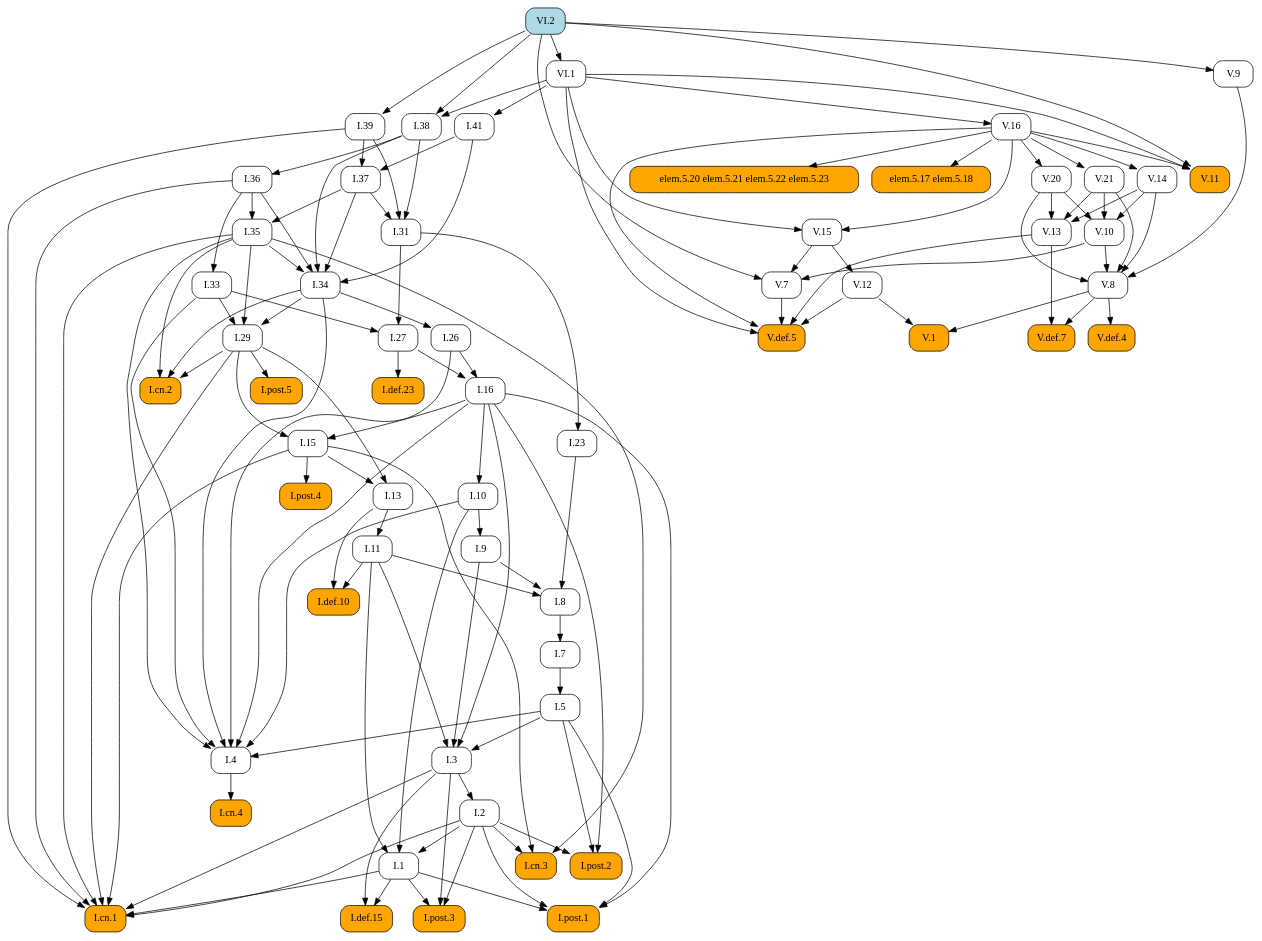
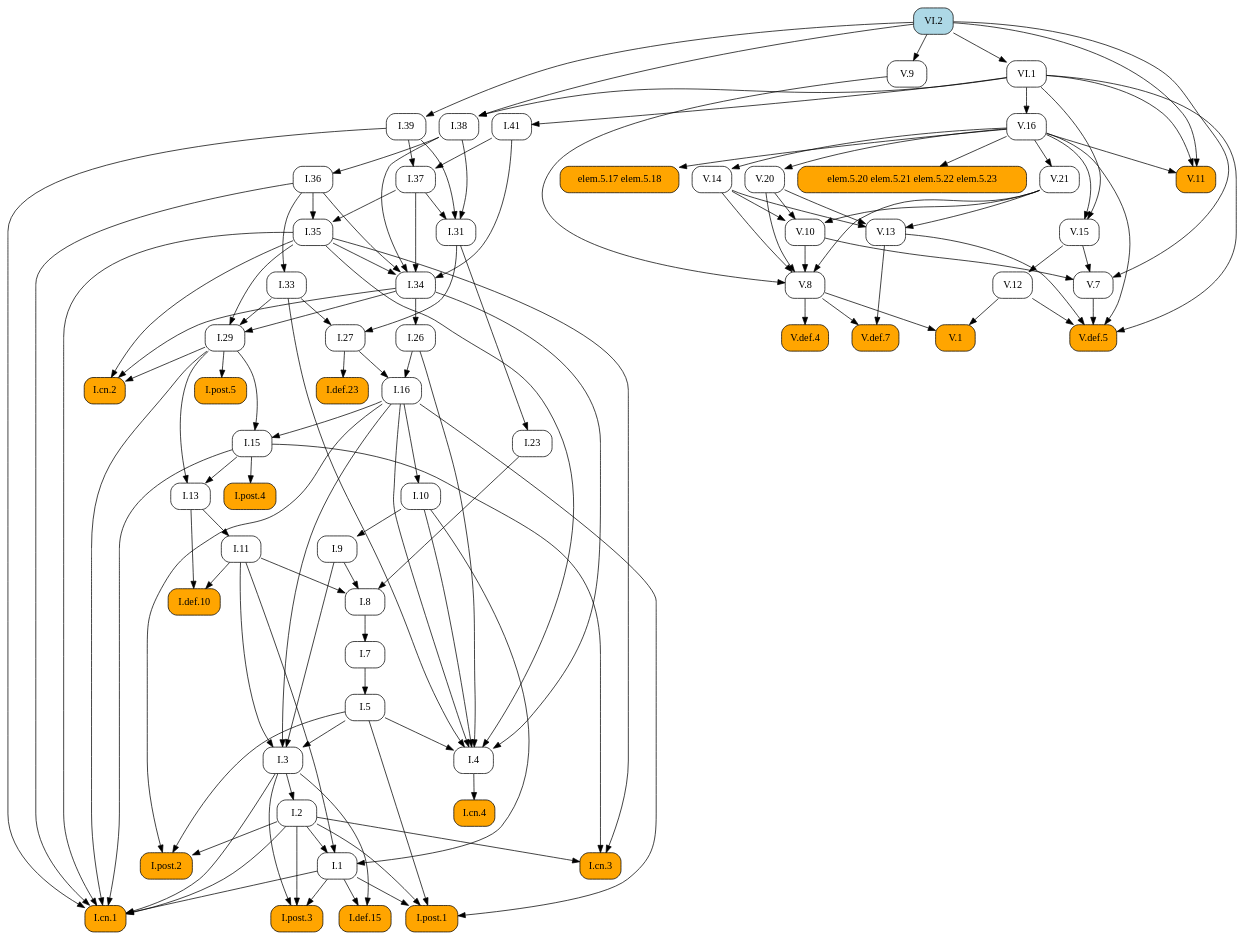
One commit to geometor/elements changed the diagram in docsrc/elements2/VI/2/index.rst. Above: the diagram before and after it, drawn with Graphviz. The commit also changed other lines of this file and 171 other files, not shown here.

```diff
--- a/docsrc/elements2/VI/2/index.rst
+++ b/docsrc/elements2/VI/2/index.rst
@@ -66,162 +66,134 @@
    digraph {
      rankdir="TB";
      node [shape=box, style=rounded];
+     "V.20" [URL="/elements2/V/20/", target="_top"];
+     "I.8" [URL="/elements2/I/8/", target="_top"];
+     "I.36" [URL="/elements2/I/36/", target="_top"];
+     "V.def.5" [style="rounded,filled", fillcolor=orange, URL="/elements2/V/def.5/", target="_top"];
+     "V.def.7" [style="rounded,filled", fillcolor=orange, URL="/elements2/V/def.7/", target="_top"];
+     "V.def.4" [style="rounded,filled", fillcolor=orange, URL="/elements2/V/def.4/", target="_top"];
+     "I.post.1" [style="rounded,filled", fillcolor=orange, URL="/elements2/I/post.1/", target="_top"];
+     "I.33" [URL="/elements2/I/33/", target="_top"];
+     "I.5" [URL="/elements2/I/5/", target="_top"];
+     "I.38" [URL="/elements2/I/38/", target="_top"];
+     "elem.5.17 elem.5.18" [style="rounded,filled", fillcolor=orange];
+     "VI.1" [URL="/elements2/VI/1/", target="_top"];
+     "V.11" [style="rounded,filled", fillcolor=orange, URL="/elements2/V/11/", target="_top"];
+     "I.post.5" [style="rounded,filled", fillcolor=orange, URL="/elements2/I/post.5/", target="_top"];
+     "V.13" [URL="/elements2/V/13/", target="_top"];
+     "I.def.10" [style="rounded,filled", fillcolor=orange, URL="/elements2/I/def.10/", target="_top"];
+     "I.cn.2" [style="rounded,filled", fillcolor=orange, URL="/elements2/I/cn.2/", target="_top"];
+     "V.9" [URL="/elements2/V/9/", target="_top"];
+     "V.16" [URL="/elements2/V/16/", target="_top"];
+     "I.def.15" [style="rounded,filled", fillcolor=orange, URL="/elements2/I/def.15/", target="_top"];
+     "I.31" [URL="/elements2/I/31/", target="_top"];
+     "V.15" [URL="/elements2/V/15/", target="_top"];
+     "I.11" [URL="/elements2/I/11/", target="_top"];
+     "I.3" [URL="/elements2/I/3/", target="_top"];
+     "I.def.23" [style="rounded,filled", fillcolor=orange, URL="/elements2/I/def.23/", target="_top"];
+     "I.post.2" [style="rounded,filled", fillcolor=orange, URL="/elements2/I/post.2/", target="_top"];
+     "I.26" [URL="/elements2/I/26/", target="_top"];
+     "V.14" [URL="/elements2/V/14/", target="_top"];
+     "V.10" [URL="/elements2/V/10/", target="_top"];
+     "I.cn.3" [style="rounded,filled", fillcolor=orange, URL="/elements2/I/cn.3/", target="_top"];
+     "I.cn.4" [style="rounded,filled", fillcolor=orange, URL="/elements2/I/cn.4/", target="_top"];
+     "I.1" [URL="/elements2/I/1/", target="_top"];
+     "I.7" [URL="/elements2/I/7/", target="_top"];
+     "I.9" [URL="/elements2/I/9/", target="_top"];
+     "V.7" [URL="/elements2/V/7/", target="_top"];
+     "I.cn.1" [style="rounded,filled", fillcolor=orange, URL="/elements2/I/cn.1/", target="_top"];
+     "I.29" [URL="/elements2/I/29/", target="_top"];
+     "V.1" [style="rounded,filled", fillcolor=orange, URL="/elements2/V/1/", target="_top"];
+     "V.12" [URL="/elements2/V/12/", target="_top"];
+     "V.21" [URL="/elements2/V/21/", target="_top"];
+     "elem.5.20 elem.5.21 elem.5.22 elem.5.23" [style="rounded,filled", fillcolor=orange];
+     "I.16" [URL="/elements2/I/16/", target="_top"];
+     "I.41" [URL="/elements2/I/41/", target="_top"];
+     "I.35" [URL="/elements2/I/35/", target="_top"];
+     "I.13" [URL="/elements2/I/13/", target="_top"];
+     "I.post.4" [style="rounded,filled", fillcolor=orange, URL="/elements2/I/post.4/", target="_top"];
      "I.37" [URL="/elements2/I/37/", target="_top"];
-     "elem.5.17 elem.5.18" [style="rounded,filled", fillcolor=orange];
-     "V.7" [URL="/elements2/V/7/", target="_top"];
-     "I.def.10" [style="rounded,filled", fillcolor=orange, URL="/elements2/I/def.10/", target="_top"];
+     "I.27" [URL="/elements2/I/27/", target="_top"];
+     "I.2" [URL="/elements2/I/2/", target="_top"];
+     "I.4" [URL="/elements2/I/4/", target="_top"];
+     "V.8" [URL="/elements2/V/8/", target="_top"];
+     "VI.2" [style="rounded,filled", fillcolor=lightblue, URL="/elements2/VI/2/", target="_top"];
+     "I.39" [URL="/elements2/I/39/", target="_top"];
+     "I.10" [URL="/elements2/I/10/", target="_top"];
+     "I.15" [URL="/elements2/I/15/", target="_top"];
      "I.34" [URL="/elements2/I/34/", target="_top"];
-     "V.def.5" [style="rounded,filled", fillcolor=orange, URL="/elements2/V/def.5/", target="_top"];
-     "I.cn.4" [style="rounded,filled", fillcolor=orange, URL="/elements2/I/cn.4/", target="_top"];
-     "I.def.15" [style="rounded,filled", fillcolor=orange, URL="/elements2/I/def.15/", target="_top"];
+     "I.23" [URL="/elements2/I/23/", target="_top"];
      "I.post.3" [style="rounded,filled", fillcolor=orange, URL="/elements2/I/post.3/", target="_top"];
-     "V.def.7" [style="rounded,filled", fillcolor=orange, URL="/elements2/V/def.7/", target="_top"];
-     "I.41" [URL="/elements2/I/41/", target="_top"];
-     "I.36" [URL="/elements2/I/36/", target="_top"];
-     "I.27" [URL="/elements2/I/27/", target="_top"];
-     "V.10" [URL="/elements2/V/10/", target="_top"];
-     "I.post.2" [style="rounded,filled", fillcolor=orange, URL="/elements2/I/post.2/", target="_top"];
-     "I.13" [URL="/elements2/I/13/", target="_top"];
-     "I.10" [URL="/elements2/I/10/", target="_top"];
-     "I.post.1" [style="rounded,filled", fillcolor=orange, URL="/elements2/I/post.1/", target="_top"];
-     "I.7" [URL="/elements2/I/7/", target="_top"];
-     "V.15" [URL="/elements2/V/15/", target="_top"];
-     "V.14" [URL="/elements2/V/14/", target="_top"];
-     "I.11" [URL="/elements2/I/11/", target="_top"];
-     "I.4" [URL="/elements2/I/4/", target="_top"];
-     "V.13" [URL="/elements2/V/13/", target="_top"];
-     "V.16" [URL="/elements2/V/16/", target="_top"];
-     "V.1" [style="rounded,filled", fillcolor=orange, URL="/elements2/V/1/", target="_top"];
-     "I.16" [URL="/elements2/I/16/", target="_top"];
-     "V.21" [URL="/elements2/V/21/", target="_top"];
-     "I.def.23" [style="rounded,filled", fillcolor=orange, URL="/elements2/I/def.23/", target="_top"];
-     "elem.5.20 elem.5.21 elem.5.22 elem.5.23" [style="rounded,filled", fillcolor=orange];
-     "I.9" [URL="/elements2/I/9/", target="_top"];
-     "I.38" [URL="/elements2/I/38/", target="_top"];
-     "I.cn.2" [style="rounded,filled", fillcolor=orange, URL="/elements2/I/cn.2/", target="_top"];
-     "I.23" [URL="/elements2/I/23/", target="_top"];
-     "I.26" [URL="/elements2/I/26/", target="_top"];
-     "I.8" [URL="/elements2/I/8/", target="_top"];
-     "I.15" [URL="/elements2/I/15/", target="_top"];
-     "I.post.5" [style="rounded,filled", fillcolor=orange, URL="/elements2/I/post.5/", target="_top"];
-     "I.2" [URL="/elements2/I/2/", target="_top"];
-     "VI.2" [style="rounded,filled", fillcolor=lightblue, URL="/elements2/VI/2/", target="_top"];
-     "VI.1" [URL="/elements2/VI/1/", target="_top"];
-     "I.1" [URL="/elements2/I/1/", target="_top"];
-     "I.35" [URL="/elements2/I/35/", target="_top"];
-     "V.def.4" [style="rounded,filled", fillcolor=orange, URL="/elements2/V/def.4/", target="_top"];
-     "V.11" [style="rounded,filled", fillcolor=orange, URL="/elements2/V/11/", target="_top"];
-     "V.12" [URL="/elements2/V/12/", target="_top"];
-     "I.33" [URL="/elements2/I/33/", target="_top"];
-     "I.31" [URL="/elements2/I/31/", target="_top"];
-     "I.post.4" [style="rounded,filled", fillcolor=orange, URL="/elements2/I/post.4/", target="_top"];
-     "I.39" [URL="/elements2/I/39/", target="_top"];
-     "I.cn.1" [style="rounded,filled", fillcolor=orange, URL="/elements2/I/cn.1/", target="_top"];
-     "I.3" [URL="/elements2/I/3/", target="_top"];
-     "I.cn.3" [style="rounded,filled", fillcolor=orange, URL="/elements2/I/cn.3/", target="_top"];
-     "V.9" [URL="/elements2/V/9/", target="_top"];
-     "I.29" [URL="/elements2/I/29/", target="_top"];
-     "I.5" [URL="/elements2/I/5/", target="_top"];
-     "V.8" [URL="/elements2/V/8/", target="_top"];
-     "V.20" [URL="/elements2/V/20/", target="_top"];
-     "I.39" -> "I.37";
-     "I.41" -> "I.37";
-     "V.16" -> "elem.5.17 elem.5.18";
-     "V.10" -> "V.7";
-     "V.15" -> "V.7";
-     "VI.2" -> "V.7";
-     "I.11" -> "I.def.10";
-     "I.13" -> "I.def.10";
-     "I.35" -> "I.34";
-     "I.36" -> "I.34";
-     "I.37" -> "I.34";
-     "I.38" -> "I.34";
-     "I.41" -> "I.34";
+     "V.16" -> "V.20";
+     "I.9" -> "I.8";
+     "I.11" -> "I.8";
+     "I.23" -> "I.8";
+     "I.38" -> "I.36";
      "V.7" -> "V.def.5";
      "V.12" -> "V.def.5";
      "V.13" -> "V.def.5";
      "V.16" -> "V.def.5";
      "VI.1" -> "V.def.5";
-     "I.4" -> "I.cn.4";
-     "I.1" -> "I.def.15";
-     "I.3" -> "I.def.15";
-     "I.1" -> "I.post.3";
-     "I.2" -> "I.post.3";
-     "I.3" -> "I.post.3";
      "V.8" -> "V.def.7";
      "V.13" -> "V.def.7";
-     "VI.1" -> "I.41";
-     "I.38" -> "I.36";
-     "I.31" -> "I.27";
-     "I.33" -> "I.27";
-     "V.14" -> "V.10";
-     "V.20" -> "V.10";
-     "V.21" -> "V.10";
-     "I.2" -> "I.post.2";
-     "I.5" -> "I.post.2";
-     "I.16" -> "I.post.2";
-     "I.15" -> "I.13";
-     "I.29" -> "I.13";
-     "I.16" -> "I.10";
+     "V.8" -> "V.def.4";
      "I.1" -> "I.post.1";
      "I.2" -> "I.post.1";
      "I.5" -> "I.post.1";
      "I.16" -> "I.post.1";
-     "I.8" -> "I.7";
-     "V.16" -> "V.15";
-     "VI.1" -> "V.15";
-     "V.16" -> "V.14";
-     "I.13" -> "I.11";
-     "I.5" -> "I.4";
-     "I.10" -> "I.4";
-     "I.16" -> "I.4";
-     "I.26" -> "I.4";
-     "I.33" -> "I.4";
-     "I.34" -> "I.4";
-     "I.35" -> "I.4";
+     "I.36" -> "I.33";
+     "I.7" -> "I.5";
+     "VI.1" -> "I.38";
+     "VI.2" -> "I.38";
+     "V.16" -> "elem.5.17 elem.5.18";
+     "VI.2" -> "VI.1";
+     "V.16" -> "V.11";
+     "VI.1" -> "V.11";
+     "VI.2" -> "V.11";
+     "I.29" -> "I.post.5";
      "V.14" -> "V.13";
      "V.20" -> "V.13";
      "V.21" -> "V.13";
-     "VI.1" -> "V.16";
-     "V.8" -> "V.1";
-     "V.12" -> "V.1";
-     "I.26" -> "I.16";
-     "I.27" -> "I.16";
-     "V.16" -> "V.21";
-     "I.27" -> "I.def.23";
-     "V.16" -> "elem.5.20 elem.5.21 elem.5.22 elem.5.23";
-     "I.10" -> "I.9";
-     "VI.1" -> "I.38";
-     "VI.2" -> "I.38";
+     "I.11" -> "I.def.10";
+     "I.13" -> "I.def.10";
      "I.29" -> "I.cn.2";
      "I.34" -> "I.cn.2";
      "I.35" -> "I.cn.2";
-     "I.31" -> "I.23";
+     "VI.2" -> "V.9";
+     "VI.1" -> "V.16";
+     "I.1" -> "I.def.15";
+     "I.3" -> "I.def.15";
+     "I.37" -> "I.31";
+     "I.38" -> "I.31";
+     "I.39" -> "I.31";
+     "V.16" -> "V.15";
+     "VI.1" -> "V.15";
+     "I.13" -> "I.11";
+     "I.5" -> "I.3";
+     "I.9" -> "I.3";
+     "I.11" -> "I.3";
+     "I.16" -> "I.3";
+     "I.27" -> "I.def.23";
+     "I.2" -> "I.post.2";
+     "I.5" -> "I.post.2";
+     "I.16" -> "I.post.2";
      "I.34" -> "I.26";
-     "I.9" -> "I.8";
-     "I.11" -> "I.8";
-     "I.23" -> "I.8";
-     "I.16" -> "I.15";
-     "I.29" -> "I.15";
-     "I.29" -> "I.post.5";
-     "I.3" -> "I.2";
-     "VI.2" -> "VI.1";
+     "V.16" -> "V.14";
+     "V.14" -> "V.10";
+     "V.20" -> "V.10";
+     "V.21" -> "V.10";
+     "I.2" -> "I.cn.3";
+     "I.15" -> "I.cn.3";
+     "I.35" -> "I.cn.3";
+     "I.4" -> "I.cn.4";
      "I.2" -> "I.1";
      "I.10" -> "I.1";
      "I.11" -> "I.1";
-     "I.36" -> "I.35";
-     "I.37" -> "I.35";
-     "V.8" -> "V.def.4";
-     "V.16" -> "V.11";
-     "VI.1" -> "V.11";
-     "VI.2" -> "V.11";
-     "V.15" -> "V.12";
-     "I.36" -> "I.33";
-     "I.37" -> "I.31";
-     "I.38" -> "I.31";
-     "I.39" -> "I.31";
-     "I.15" -> "I.post.4";
-     "VI.2" -> "I.39";
+     "I.8" -> "I.7";
+     "I.10" -> "I.9";
+     "V.10" -> "V.7";
+     "V.15" -> "V.7";
+     "VI.2" -> "V.7";
      "I.1" -> "I.cn.1";
      "I.2" -> "I.cn.1";
      "I.3" -> "I.cn.1";
@@ -230,22 +202,50 @@
      "I.35" -> "I.cn.1";
      "I.36" -> "I.cn.1";
      "I.39" -> "I.cn.1";
-     "I.5" -> "I.3";
-     "I.9" -> "I.3";
-     "I.11" -> "I.3";
-     "I.16" -> "I.3";
-     "I.2" -> "I.cn.3";
-     "I.15" -> "I.cn.3";
-     "I.35" -> "I.cn.3";
-     "VI.2" -> "V.9";
      "I.33" -> "I.29";
      "I.34" -> "I.29";
      "I.35" -> "I.29";
-     "I.7" -> "I.5";
+     "V.8" -> "V.1";
+     "V.12" -> "V.1";
+     "V.15" -> "V.12";
+     "V.16" -> "V.21";
+     "V.16" -> "elem.5.20 elem.5.21 elem.5.22 elem.5.23";
+     "I.26" -> "I.16";
+     "I.27" -> "I.16";
+     "VI.1" -> "I.41";
+     "I.36" -> "I.35";
+     "I.37" -> "I.35";
+     "I.15" -> "I.13";
+     "I.29" -> "I.13";
+     "I.15" -> "I.post.4";
+     "I.39" -> "I.37";
+     "I.41" -> "I.37";
+     "I.31" -> "I.27";
+     "I.33" -> "I.27";
+     "I.3" -> "I.2";
+     "I.5" -> "I.4";
+     "I.10" -> "I.4";
+     "I.16" -> "I.4";
+     "I.26" -> "I.4";
+     "I.33" -> "I.4";
+     "I.34" -> "I.4";
+     "I.35" -> "I.4";
      "V.9" -> "V.8";
      "V.10" -> "V.8";
      "V.14" -> "V.8";
      "V.20" -> "V.8";
      "V.21" -> "V.8";
-     "V.16" -> "V.20";
+     "VI.2" -> "I.39";
+     "I.16" -> "I.10";
+     "I.16" -> "I.15";
+     "I.29" -> "I.15";
+     "I.35" -> "I.34";
+     "I.36" -> "I.34";
+     "I.37" -> "I.34";
+     "I.38" -> "I.34";
+     "I.41" -> "I.34";
+     "I.31" -> "I.23";
+     "I.1" -> "I.post.3";
+     "I.2" -> "I.post.3";
+     "I.3" -> "I.post.3";
    }
```
